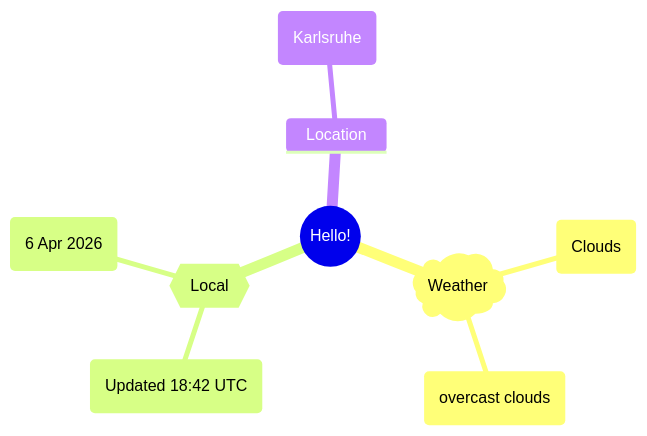
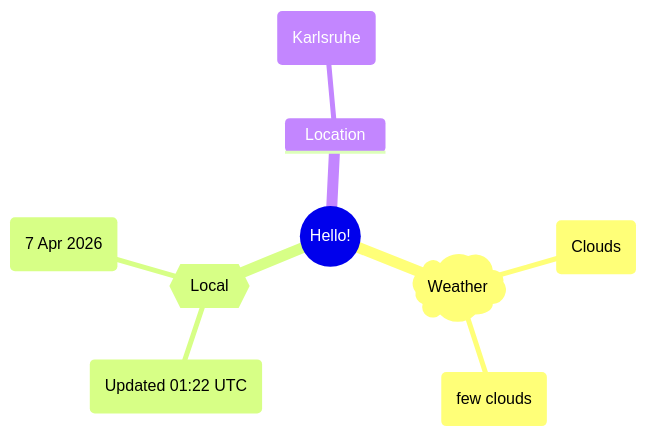
The first of 2 diagrams in README.md (Xosrov/Xosrov), drawn with Mermaid before and after one commit.

Commit message:
[bot] updated images

````diff
--- a/README.md
+++ b/README.md
@@ -3,12 +3,12 @@
 ```mermaid
 mindmap
   root((Hello!))
     )Weather(
         (Clouds)
-        (overcast clouds)
+        (few clouds)
     {{Local}}
-        (Updated 18:42 UTC)
-        (6 Apr 2026)
+        (Updated 01:22 UTC)
+        (7 Apr 2026)
     Location
         (Karlsruhe)
 ```
````
